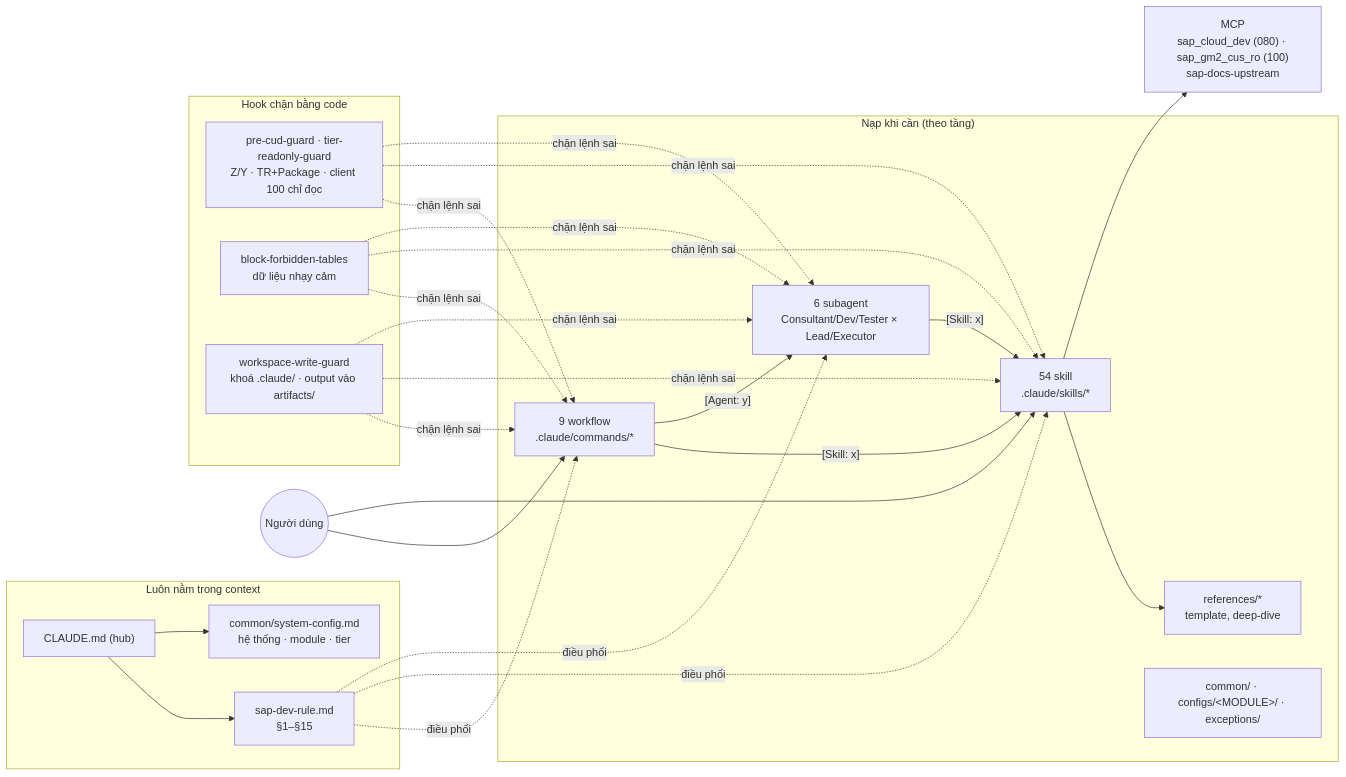
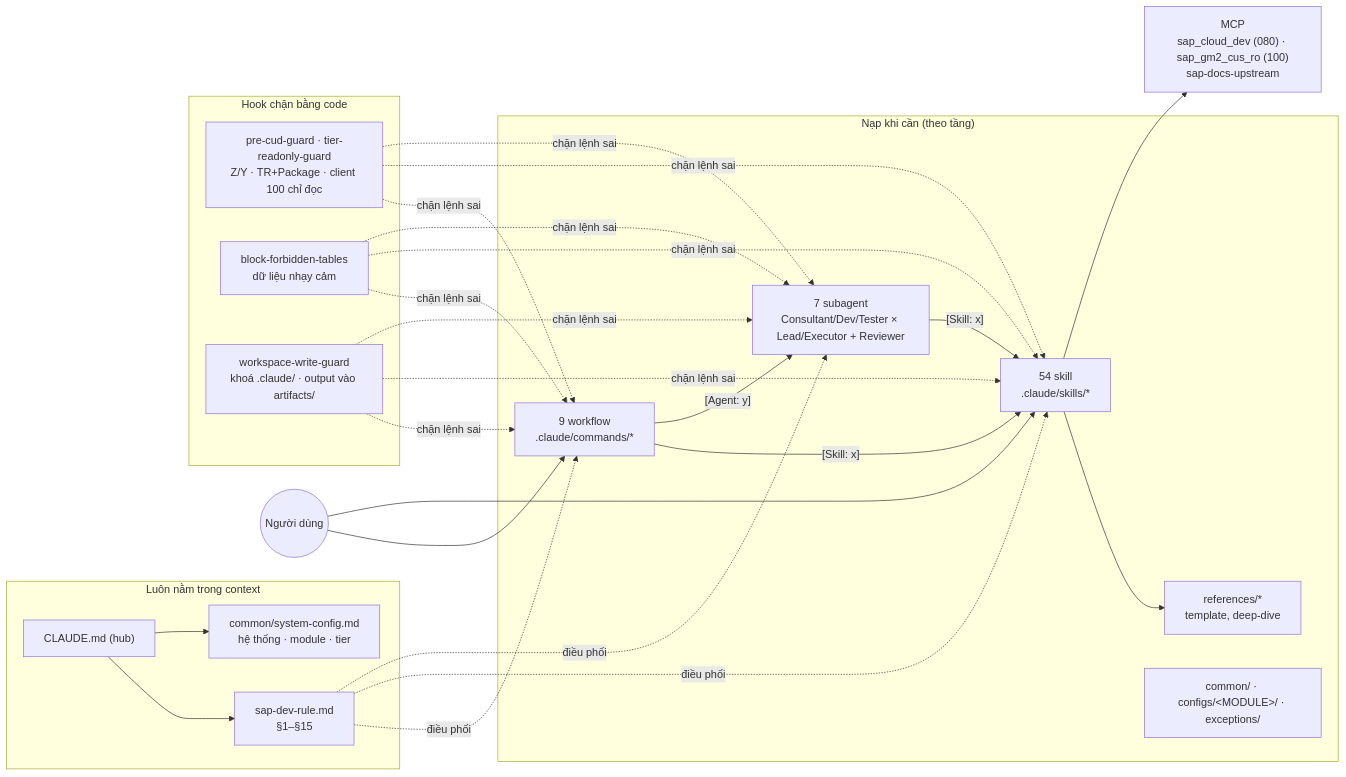
Before and after one commit to kienannh0403/sap_cloud_ai_workspace: the first of 2 diagrams in README.md, drawn with Mermaid. The commit also changed other lines of this file and 10 other files, not shown here.

First line of the commit message:
feat: add reviewer-lead final review and fix stale agent tool config

````diff
--- a/README.md
+++ b/README.md
@@ -30,26 +30,26 @@
 ```mermaid
 flowchart LR
     subgraph CTX["Luôn nằm trong context"]
         CM["CLAUDE.md (hub)"] --> RULE["sap-dev-rule.md<br/>§1–§15"]
         CM --> CFG["common/system-config.md<br/>hệ thống · module · tier"]
     end
     subgraph ONDEMAND["Nạp khi cần (theo tầng)"]
         SK["54 skill<br/>.claude/skills/*"] --> REF["references/*<br/>template, deep-dive"]
         WF["9 workflow<br/>.claude/commands/*"]
-        AG["6 subagent<br/>Consultant/Dev/Tester × Lead/Executor"]
+        AG["7 subagent<br/>Consultant/Dev/Tester × Lead/Executor + Reviewer"]
         LAYER["common/ · configs/&lt;MODULE&gt;/ · exceptions/"]
     end
     subgraph ENFORCE["Hook chặn bằng code"]
         H1["pre-cud-guard · tier-readonly-guard<br/>Z/Y · TR+Package · client 100 chỉ đọc"]
         H2["block-forbidden-tables<br/>dữ liệu nhạy cảm"]
         H3["workspace-write-guard<br/>khoá .claude/ · output vào artifacts/"]
     end
     USER((Người dùng)) --> WF
     USER --> SK
     WF -->|"[Skill: x]"| SK
     WF -->|"[Agent: y]"| AG
     AG -->|"[Skill: x]"| SK
     RULE -.điều phối.-> WF & SK & AG
     H1 & H2 & H3 -.chặn lệnh sai.-> WF & SK & AG
     SK --> MCP["MCP<br/>sap_cloud_dev (080) · sap_gm2_cus_ro (100)<br/>sap-docs-upstream"]
 ```
````
